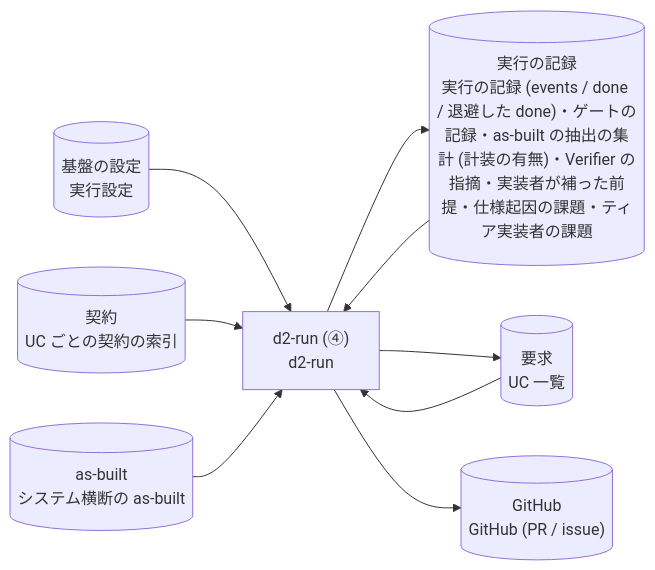
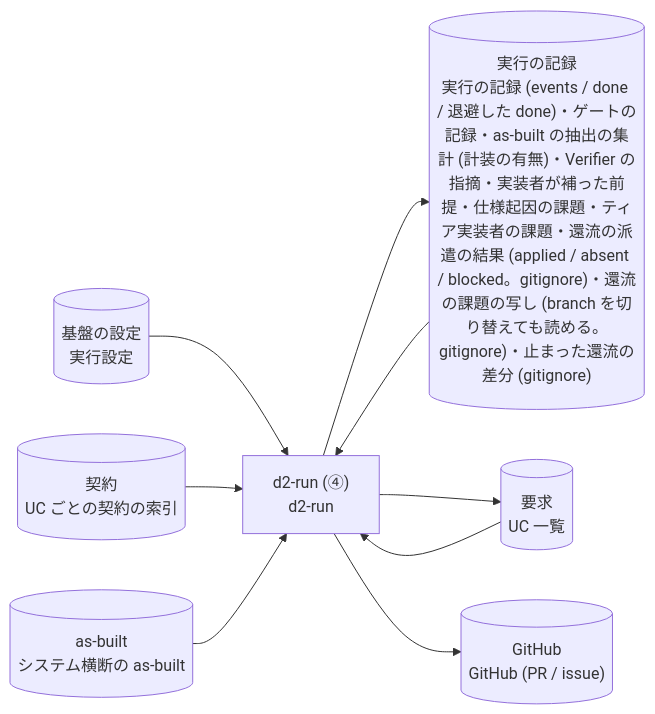
Diagram 28 of 43 in plugins/distillery2/skills/d2-common/references/dataflow.md (suwa-sh/suwa-sh-claude-plugins), drawn with Mermaid before and after one commit. The commit also changed other lines of this file and 17 other files, not shown here.

````diff
--- a/plugins/distillery2/skills/d2-common/references/dataflow.md
+++ b/plugins/distillery2/skills/d2-common/references/dataflow.md
@@ -651,18 +733,18 @@
 ```mermaid
 flowchart LR
   p_run_uc["d2-run (④)<br/>d2-run"]
   g_settings[("基盤の設定<br/>実行設定")]
   g_requirements[("要求<br/>UC 一覧")]
-  g_run[("実行の記録<br/>実行の記録 (events / done / 退避した done)・ゲートの記録・as-built の抽出の集計 (計装の有無)・Verifier の指摘・実装者が補った前提・仕様起因の課題・ティア実装者の課題")]
+  g_run[("実行の記録<br/>実行の記録 (events / done / 退避した done)・ゲートの記録・as-built の抽出の集計 (計装の有無)・Verifier の指摘・実装者が補った前提・仕様起因の課題・ティア実装者の課題・還流の派遣の結果 (applied / absent / blocked。gitignore)・還流の課題の写し (branch を切り替えても読める。gitignore)・止まった還流の差分 (gitignore)")]
   g_contracts[("契約<br/>UC ごとの契約の索引")]
   g_asbuilt[("as-built<br/>システム横断の as-built")]
   g_github[("GitHub<br/>GitHub (PR / issue)")]
   g_settings --> p_run_uc
   g_requirements --> p_run_uc
   g_run --> p_run_uc
   g_contracts --> p_run_uc
   g_asbuilt --> p_run_uc
   p_run_uc --> g_run
   p_run_uc --> g_requirements
   p_run_uc --> g_github
 ```
````
